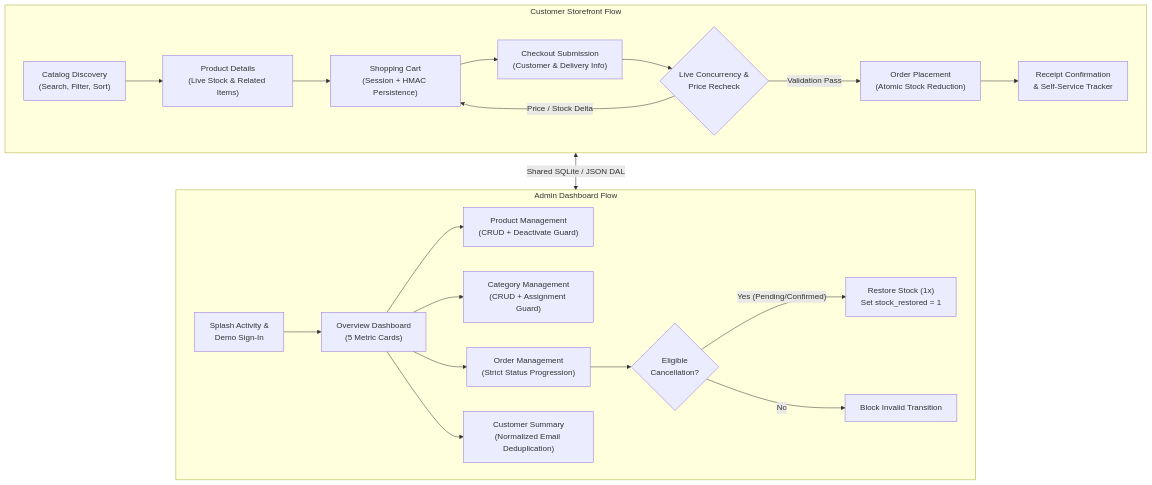
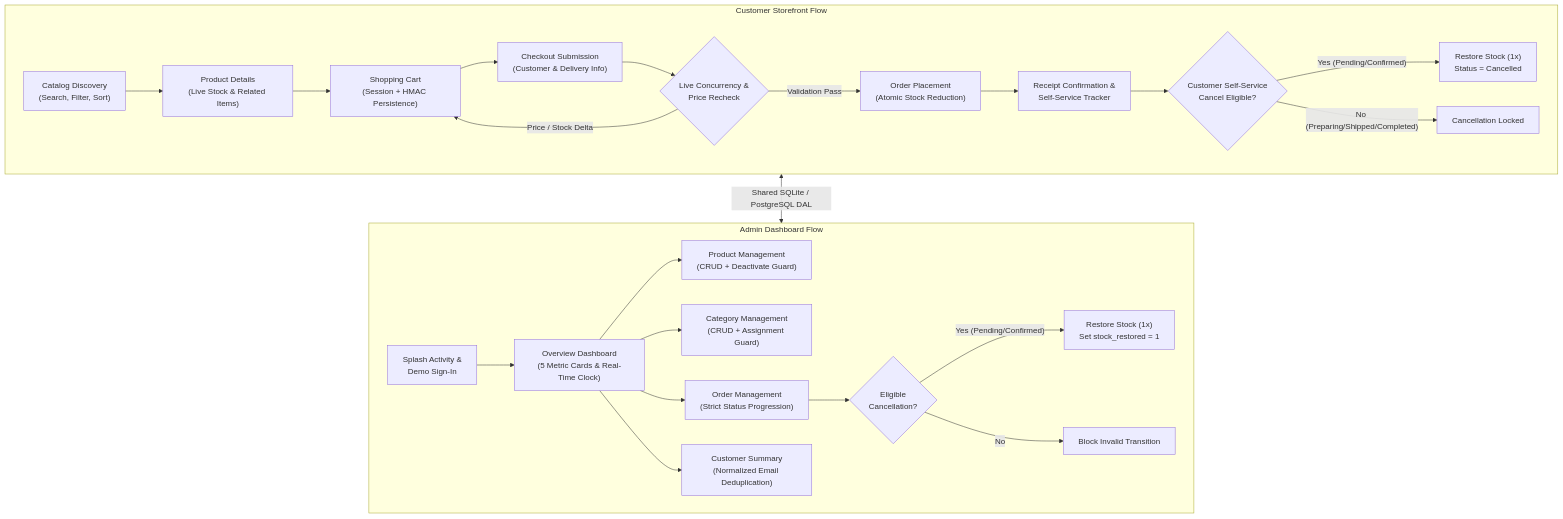
One commit to AtheoJessarRCaliao/CEBU-TECH_Ecommerce changed the first of 2 diagrams in EXPLANATION.md. Above: the diagram before and after it, drawn with Mermaid. The commit also changed other lines of this file and 2 other files, not shown here.

````diff
--- a/EXPLANATION.md
+++ b/EXPLANATION.md
@@ -11,25 +14,28 @@
 ```mermaid
 flowchart TD
     subgraph CustomerFlow["Customer Storefront Flow"]
         A["Catalog Discovery<br/>(Search, Filter, Sort)"] --> B["Product Details<br/>(Live Stock & Related Items)"]
         B --> C["Shopping Cart<br/>(Session + HMAC Persistence)"]
         C --> D["Checkout Submission<br/>(Customer & Delivery Info)"]
         D --> E{"Live Concurrency &<br/>Price Recheck"}
         E -- "Price / Stock Delta" --> C
         E -- "Validation Pass" --> F["Order Placement<br/>(Atomic Stock Reduction)"]
-        F --> G["Receipt Confirmation<br/>& Self-Service Tracker"]
+        F --> G["Receipt Confirmation &<br/>Self-Service Tracker"]
+        G --> H{"Customer Self-Service<br/>Cancel Eligible?"}
+        H -- "Yes (Pending/Confirmed)" --> I["Restore Stock (1x)<br/>Status = Cancelled"]
+        H -- "No (Preparing/Shipped/Completed)" --> J["Cancellation Locked"]
     end
 
     subgraph AdminFlow["Admin Dashboard Flow"]
-        H["Splash Activity &<br/>Demo Sign-In"] --> I["Overview Dashboard<br/>(5 Metric Cards)"]
-        I --> J["Product Management<br/>(CRUD + Deactivate Guard)"]
-        I --> K["Category Management<br/>(CRUD + Assignment Guard)"]
-        I --> L["Order Management<br/>(Strict Status Progression)"]
-        I --> M["Customer Summary<br/>(Normalized Email Deduplication)"]
-        L --> N{"Eligible<br/>Cancellation?"}
-        N -- "Yes (Pending/Confirmed)" --> O["Restore Stock (1x)<br/>Set stock_restored = 1"]
-        N -- "No" --> P["Block Invalid Transition"]
+        K["Splash Activity &<br/>Demo Sign-In"] --> L["Overview Dashboard<br/>(5 Metric Cards & Real-Time Clock)"]
+        L --> M["Product Management<br/>(CRUD + Deactivate Guard)"]
+        L --> N["Category Management<br/>(CRUD + Assignment Guard)"]
+        L --> O["Order Management<br/>(Strict Status Progression)"]
+        L --> P["Customer Summary<br/>(Normalized Email Deduplication)"]
+        O --> Q{"Eligible<br/>Cancellation?"}
+        Q -- "Yes (Pending/Confirmed)" --> R["Restore Stock (1x)<br/>Set stock_restored = 1"]
+        Q -- "No" --> S["Block Invalid Transition"]
     end
 
-    CustomerFlow <-->|Shared SQLite / JSON DAL| AdminFlow
+    CustomerFlow <-->|Shared SQLite / PostgreSQL DAL| AdminFlow
 ```
````
